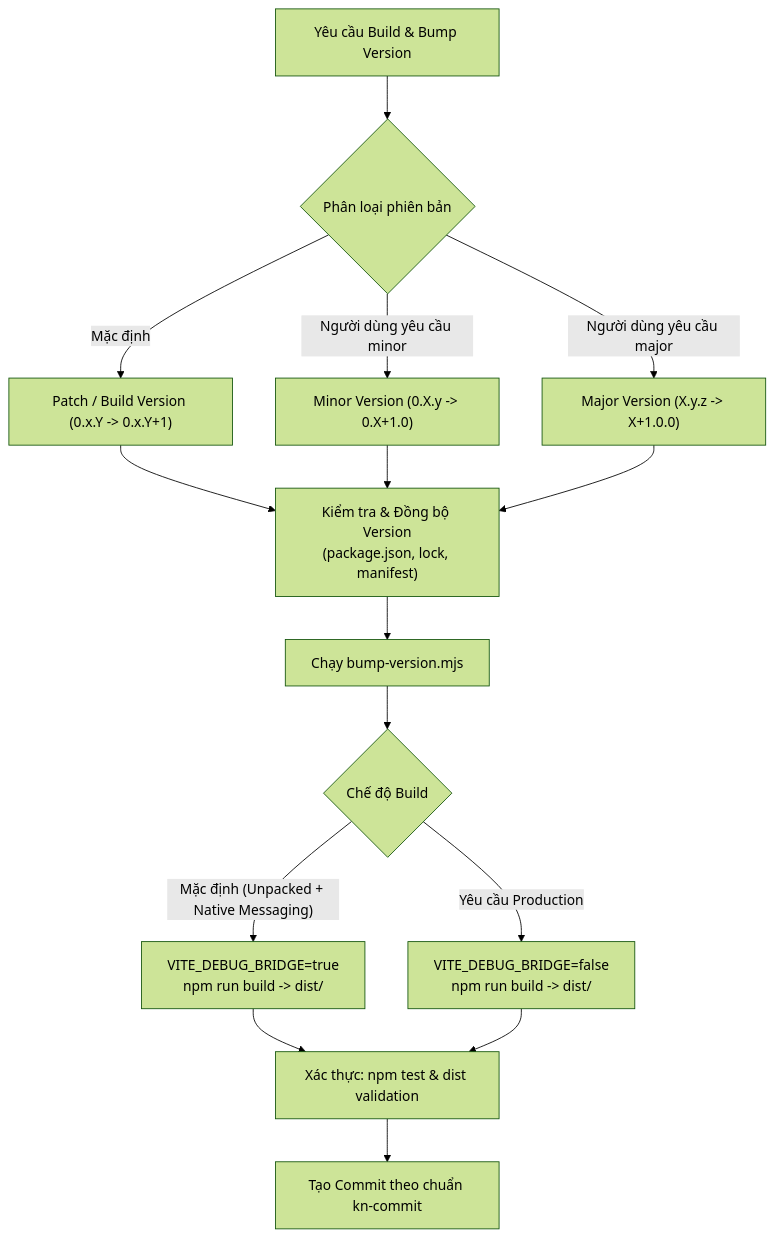
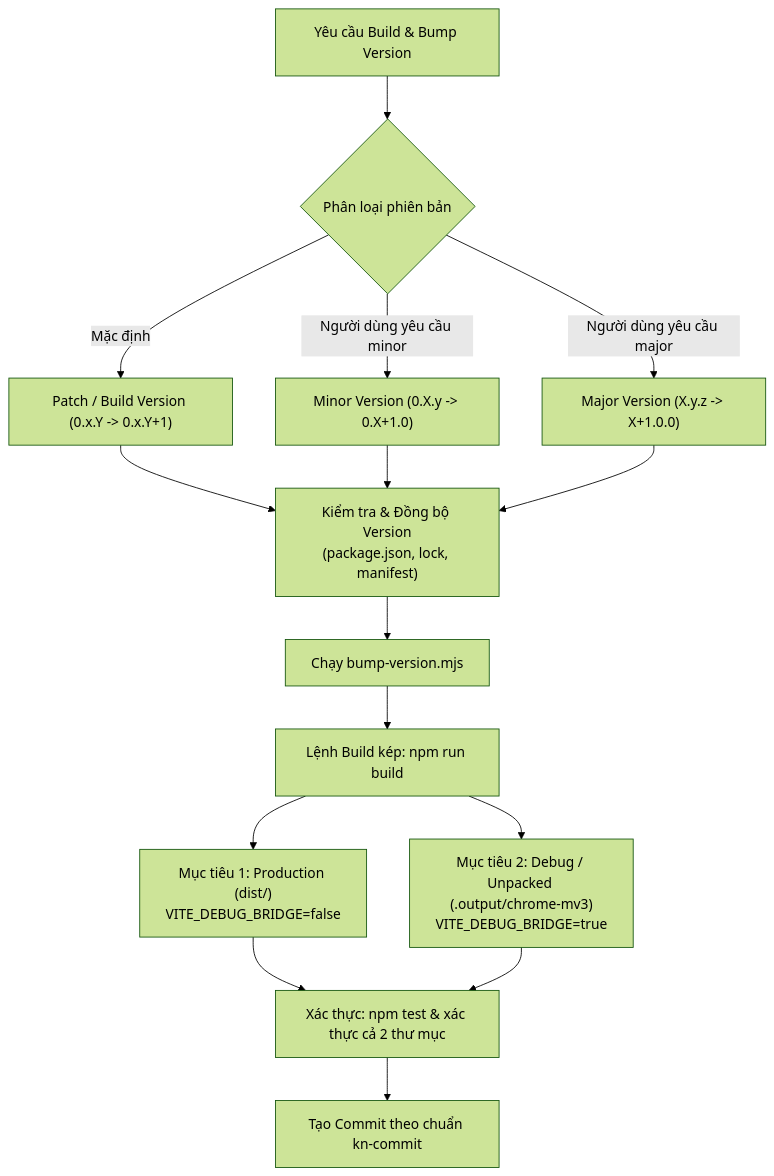
The diagram in .agents/skills/ext-build/SKILL.md (vplghost/VPL-HWA-Ext), drawn with Mermaid (forest theme) before and after one commit. The commit also changed other lines of this file and 20 other files, not shown here.

First line of the commit message:
chore(release): bump version to 0.11.204 and dual-build [dist, .output]

````diff
--- a/.agents/skills/ext-build/SKILL.md
+++ b/.agents/skills/ext-build/SKILL.md
@@ -10,20 +10,20 @@
 ```mermaid
 flowchart TD
     A["Yêu cầu Build & Bump Version"] --> B{"Phân loại phiên bản"}
     B -- "Mặc định" --> C["Patch / Build Version (0.x.Y -> 0.x.Y+1)"]
     B -- "Người dùng yêu cầu minor" --> D["Minor Version (0.X.y -> 0.X+1.0)"]
     B -- "Người dùng yêu cầu major" --> E["Major Version (X.y.z -> X+1.0.0)"]
     
     C --> F["Kiểm tra & Đồng bộ Version<br/>(package.json, lock, manifest)"]
     D --> F
     E --> F
     
     F --> G["Chạy bump-version.mjs"]
-    G --> H{"Chế độ Build"}
-    H -- "Mặc định (Unpacked + Native Messaging)" --> I["VITE_DEBUG_BRIDGE=true<br/>npm run build -> dist/"]
-    H -- "Yêu cầu Production" --> J["VITE_DEBUG_BRIDGE=false<br/>npm run build -> dist/"]
+    G --> H["Lệnh Build kép: npm run build"]
+    H --> I["Mục tiêu 1: Production (dist/)<br/>VITE_DEBUG_BRIDGE=false"]
+    H --> J["Mục tiêu 2: Debug / Unpacked (.output/chrome-mv3)<br/>VITE_DEBUG_BRIDGE=true"]
     
-    I --> K["Xác thực: npm test & dist validation"]
+    I --> K["Xác thực: npm test & xác thực cả 2 thư mục"]
     J --> K
     K --> L["Tạo Commit theo chuẩn kn-commit"]
 ```
````
